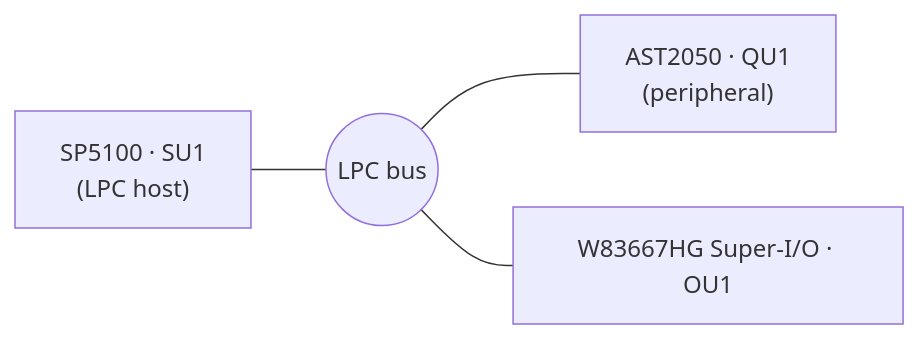
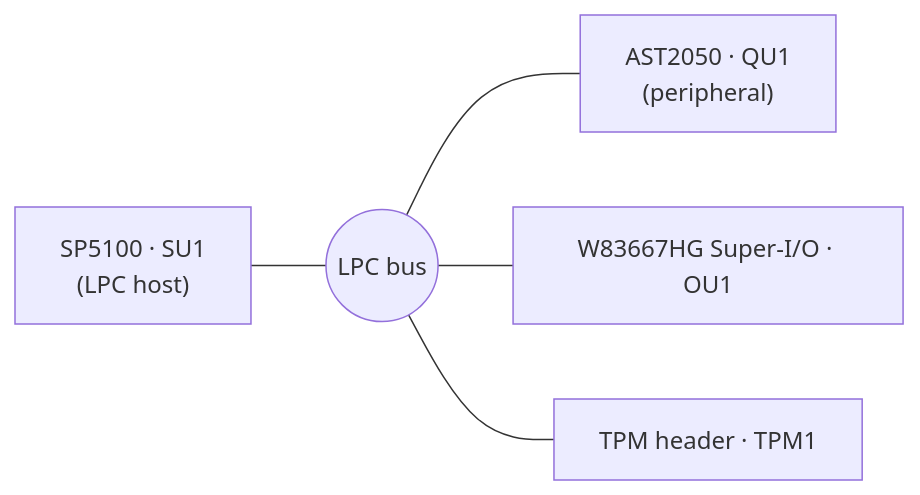
Before and after one commit to mithro/ai-shenanigans-for-bmcs: the fifth of 9 diagrams in asus-kgpe-d16-firmware/schematic-wiring/AST2050-BMC-WIRING.md, drawn with Mermaid. The commit also changed other lines of this file and 3 other files, not shown here.

First line of the commit message:
kgpe-d16/schematic-wiring: document the TPM1 LPC header

````diff
--- a/asus-kgpe-d16-firmware/schematic-wiring/AST2050-BMC-WIRING.md
+++ b/asus-kgpe-d16-firmware/schematic-wiring/AST2050-BMC-WIRING.md
@@ -210,6 +212,7 @@
 ```mermaid
 flowchart LR
     SB["SP5100 · SU1<br/>(LPC host)"] --- LPC(("LPC bus"))
     LPC --- BMC["AST2050 · QU1<br/>(peripheral)"]
     LPC --- SIO["W83667HG Super-I/O · OU1"]
+    LPC --- TPM["TPM header · TPM1"]
 ```
````
